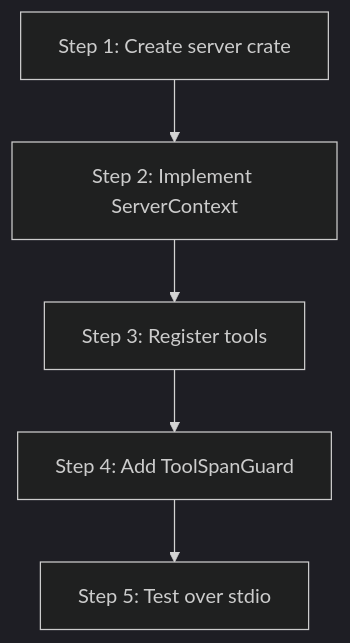
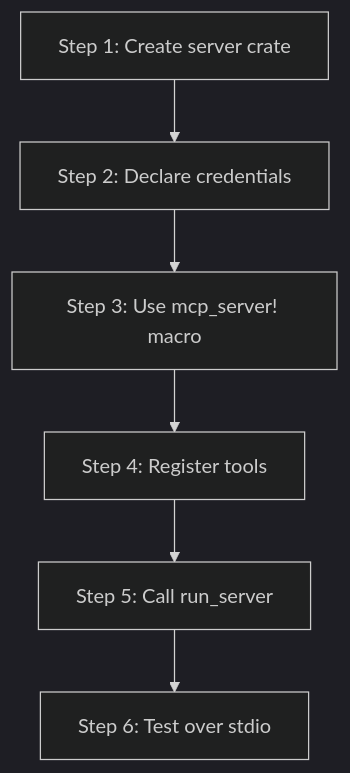
One commit to mdz-axo/zed-kask changed the diagram in kask/docs/diataxis/hkask-mcp-server/tutorial.md. Above: the diagram before and after it, drawn with Mermaid (dark theme). The commit also changed other lines of this file and 16 other files, not shown here.

````diff
--- a/kask/docs/diataxis/hkask-mcp-server/tutorial.md
+++ b/kask/docs/diataxis/hkask-mcp-server/tutorial.md
@@ -19,7 +21,8 @@
 ```mermaid
 flowchart TD
-    A[Step 1: Create server crate] --> B[Step 2: Implement ServerContext]
-    B --> C[Step 3: Register tools]
-    C --> D[Step 4: Add ToolSpanGuard]
-    D --> E[Step 5: Test over stdio]
+    A[Step 1: Create server crate] --> B[Step 2: Declare credentials]
+    B --> C[Step 3: Use mcp_server! macro]
+    C --> D[Step 4: Register tools]
+    D --> E[Step 5: Call run_server]
+    E --> F[Step 6: Test over stdio]
 ```
````
